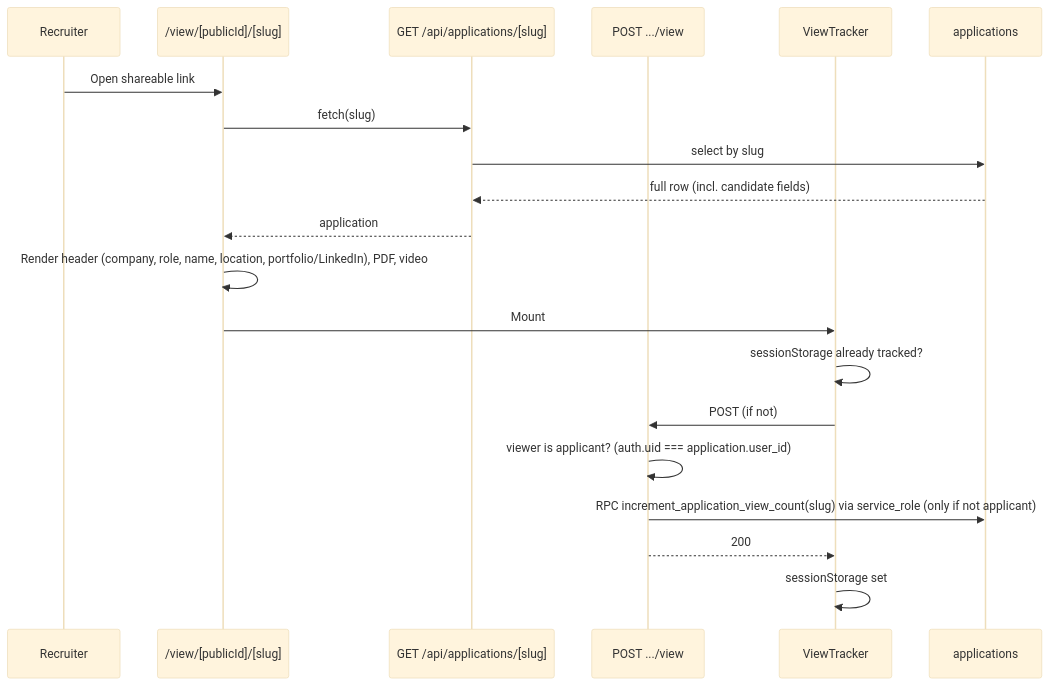
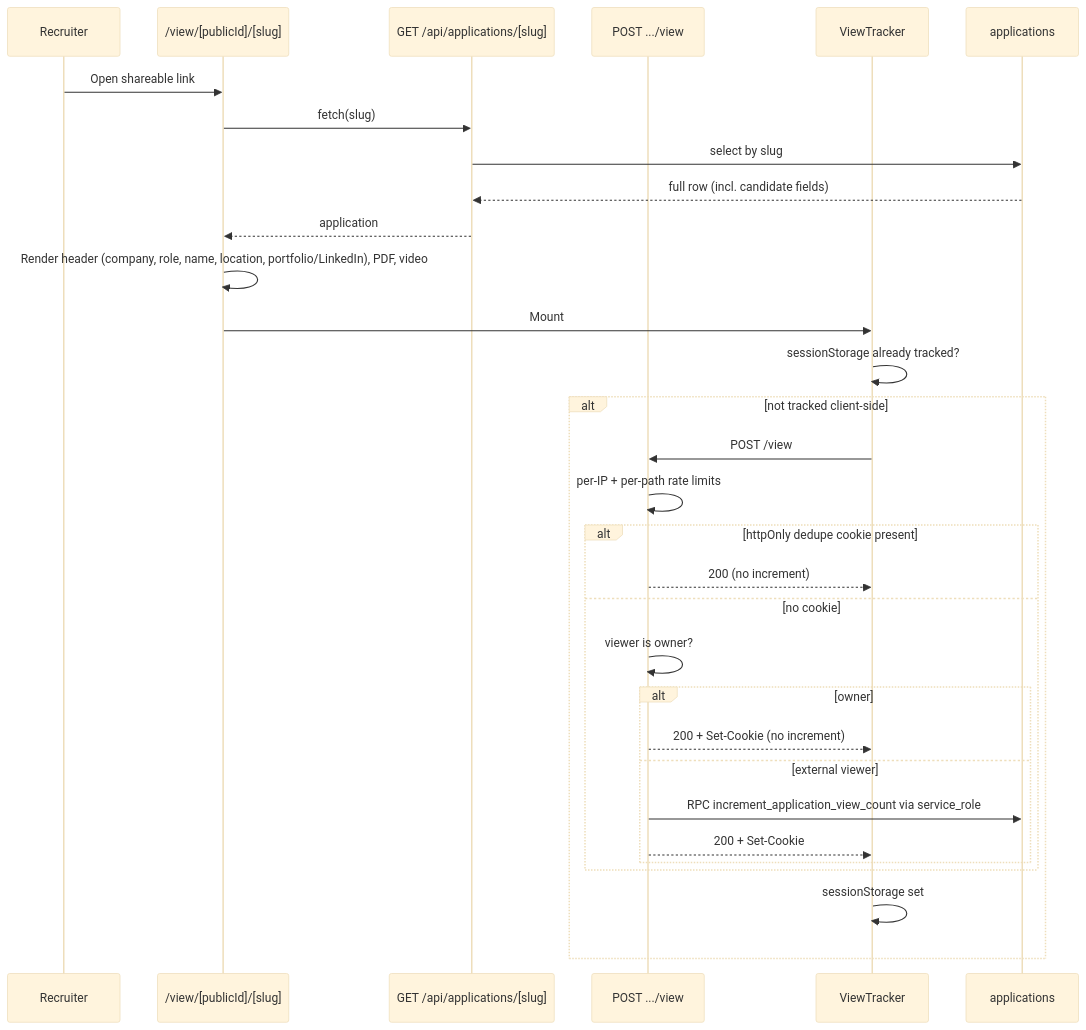
Diagram 13 of 13 in docs/DATA_FLOW.md (joan-gerard/my-hire-view), drawn with Mermaid (base theme) before and after one commit. The commit also changed other lines of this file and 21 other files, not shown here.

Commit message:
Harden public view and download analytics with dedupe cookies, same-origin checks, and per-slug rate limits

````diff
--- a/docs/DATA_FLOW.md
+++ b/docs/DATA_FLOW.md
@@ -457,23 +457,34 @@
 ```mermaid
 sequenceDiagram
   participant R as Recruiter
   participant Page as /view/[publicId]/[slug]
   participant SlugAPI as GET /api/applications/[slug]
   participant ViewAPI as POST .../view
   participant VT as ViewTracker
   participant Applications as applications
 
   R->>Page: Open shareable link
   Page->>SlugAPI: fetch(slug)
   SlugAPI->>Applications: select by slug
   Applications-->>SlugAPI: full row (incl. candidate fields)
   SlugAPI-->>Page: application
   Page->>Page: Render header (company, role, name, location, portfolio/LinkedIn), PDF, video
   Page->>VT: Mount
   VT->>VT: sessionStorage already tracked?
-  VT->>ViewAPI: POST (if not)
-  ViewAPI->>ViewAPI: viewer is applicant? (auth.uid === application.user_id)
-  ViewAPI->>Applications: RPC increment_application_view_count(slug) via service_role (only if not applicant)
-  ViewAPI-->>VT: 200
-  VT->>VT: sessionStorage set
+  alt not tracked client-side
+    VT->>ViewAPI: POST /view
+    ViewAPI->>ViewAPI: per-IP + per-path rate limits
+    alt httpOnly dedupe cookie present
+      ViewAPI-->>VT: 200 (no increment)
+    else no cookie
+      ViewAPI->>ViewAPI: viewer is owner?
+      alt owner
+        ViewAPI-->>VT: 200 + Set-Cookie (no increment)
+      else external viewer
+        ViewAPI->>Applications: RPC increment_application_view_count via service_role
+        ViewAPI-->>VT: 200 + Set-Cookie
+      end
+    end
+    VT->>VT: sessionStorage set
+  end
 ```
````
